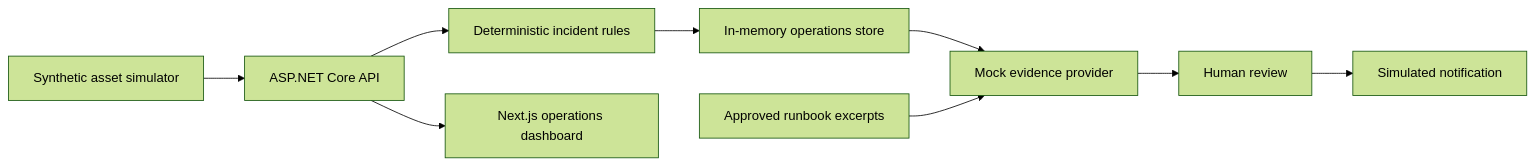
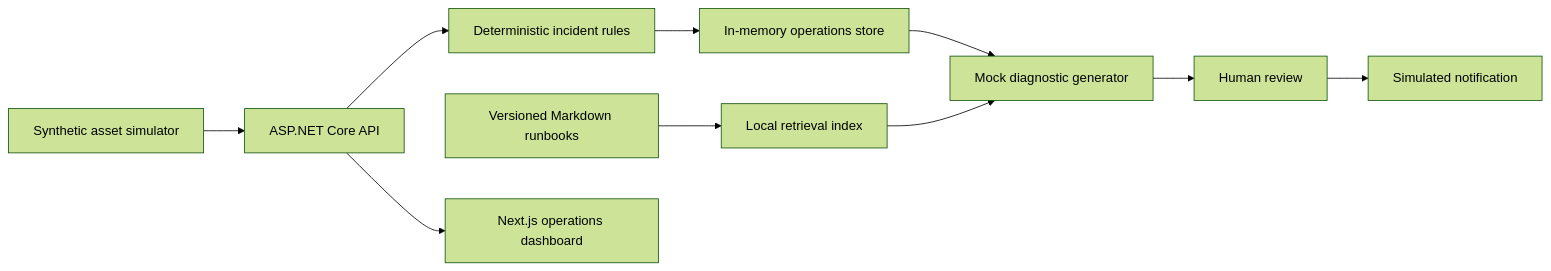
Before and after one commit to engmarconi/connected-operations-copilot: the diagram in README.md, drawn with Mermaid (forest theme). The commit also changed other lines of this file and 10 other files, not shown here.

Commit message:
Add deterministic runbook retrieval pipeline

````diff
--- a/README.md
+++ b/README.md
@@ -34,11 +35,12 @@
 ```mermaid
 flowchart LR
     Simulator[Synthetic asset simulator] --> API[ASP.NET Core API]
     API --> Rules[Deterministic incident rules]
     Rules --> Store[In-memory operations store]
-    Store --> Diagnostic[Mock evidence provider]
-    Runbooks[Approved runbook excerpts] --> Diagnostic
+    Store --> Diagnostic[Mock diagnostic generator]
+    Runbooks[Versioned Markdown runbooks] --> Retrieval[Local retrieval index]
+    Retrieval --> Diagnostic
     Diagnostic --> Review[Human review]
     Review --> Action[Simulated notification]
     API --> Web[Next.js operations dashboard]
 ```
````
